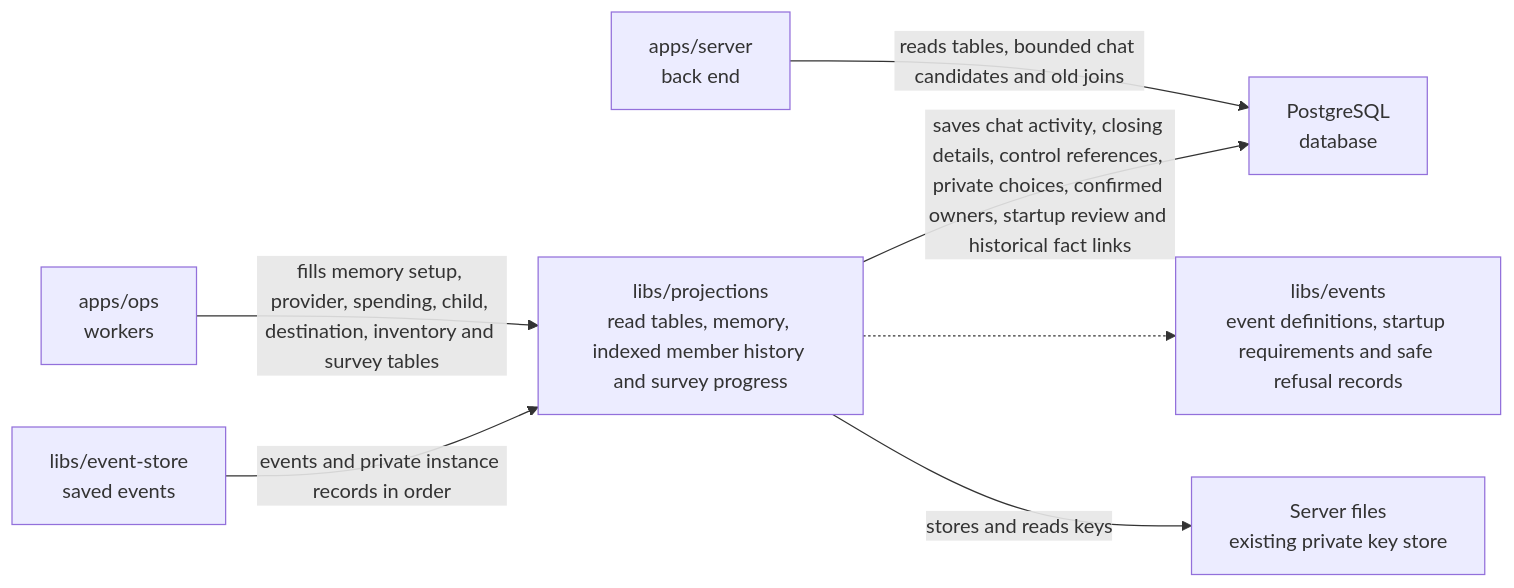
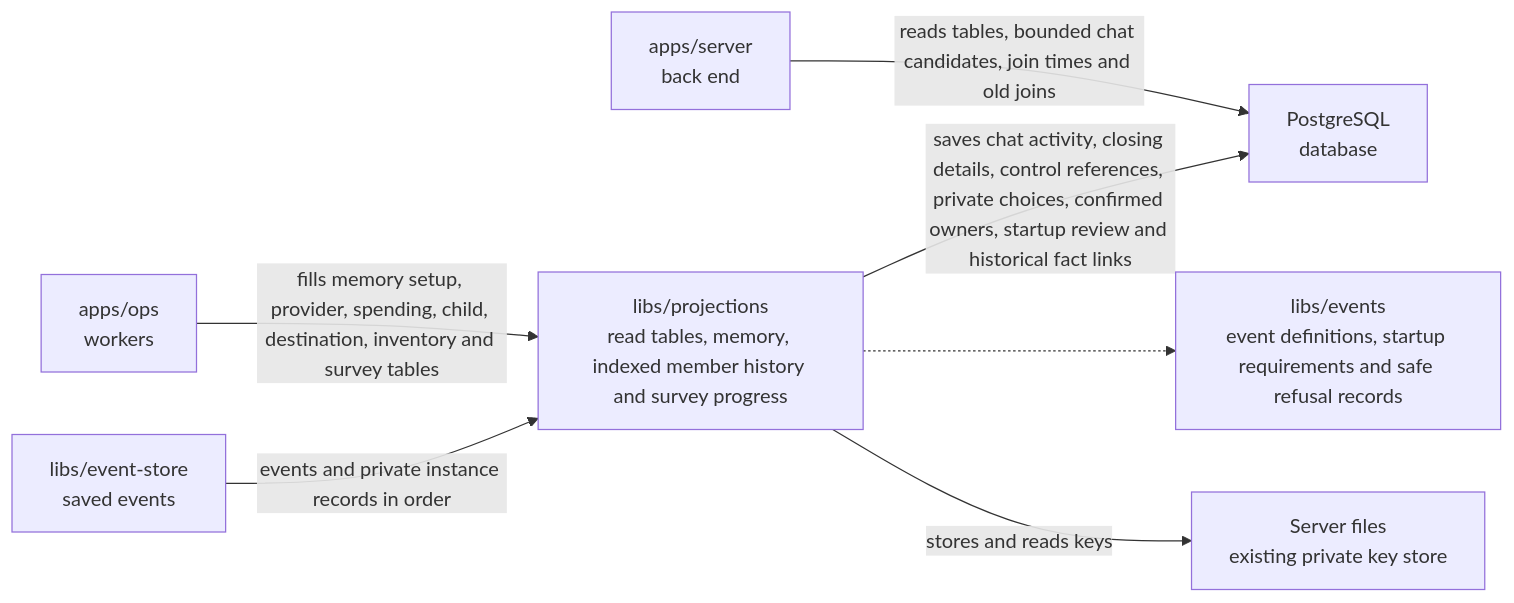
The diagram in libs/projections/README.md (elewa-git/opencrane-new), drawn with Mermaid before and after one commit. The commit also changed 12 other files, not shown here.

````diff
--- a/libs/projections/README.md
+++ b/libs/projections/README.md
@@ -23,9 +23,9 @@
 ```mermaid
 flowchart LR
   ops["apps/ops<br/>workers"] -->|fills memory setup, provider, spending, child, destination, inventory and survey tables| projections["libs/projections<br/>read tables, memory, indexed member history and survey progress"]
-  server["apps/server<br/>back end"] -->|reads tables, bounded chat candidates and old joins| pg["PostgreSQL<br/>database"]
+  server["apps/server<br/>back end"] -->|reads tables, bounded chat candidates, join times and old joins| pg["PostgreSQL<br/>database"]
   projections -->|saves chat activity, closing details, control references, private choices, confirmed owners, startup review and historical fact links| pg
   store["libs/event-store<br/>saved events"] -->|events and private instance records in order| projections
   projections -.-> events["libs/events<br/>event definitions, startup requirements and safe refusal records"]
   projections -->|stores and reads keys| keys["Server files<br/>existing private key store"]
 ```
````
